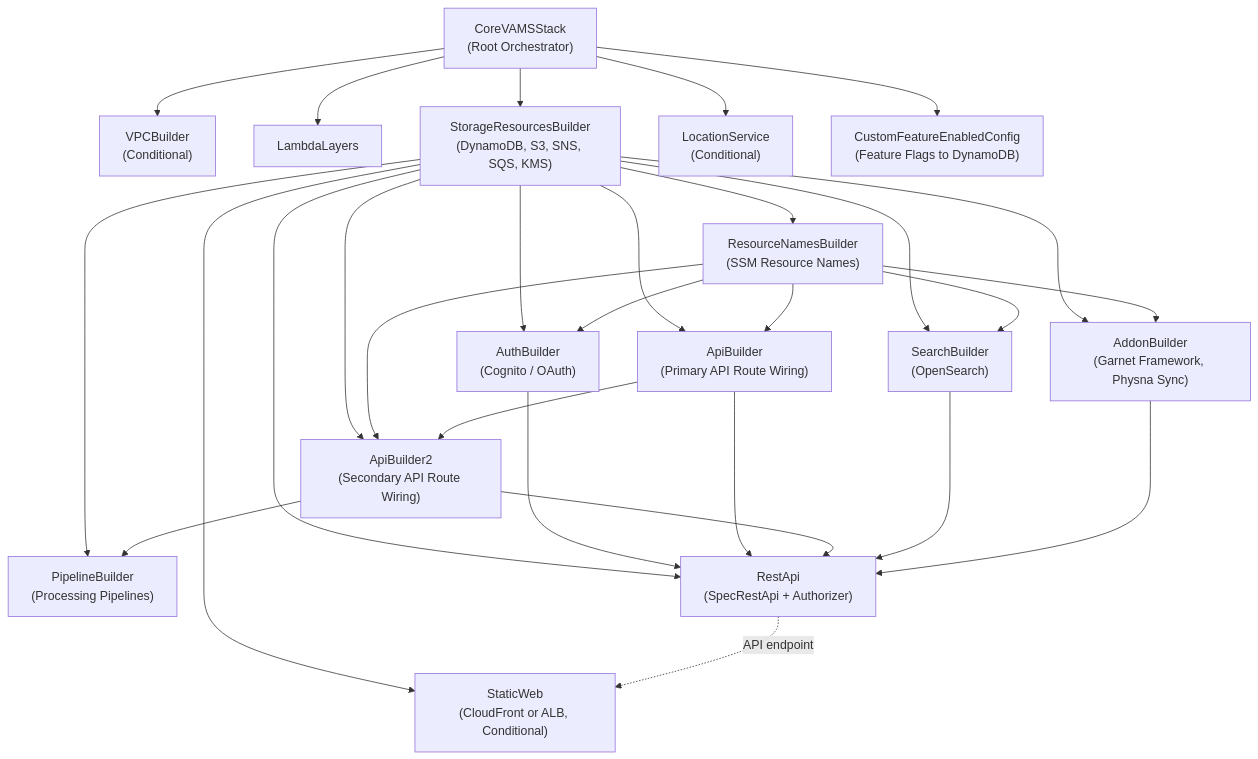
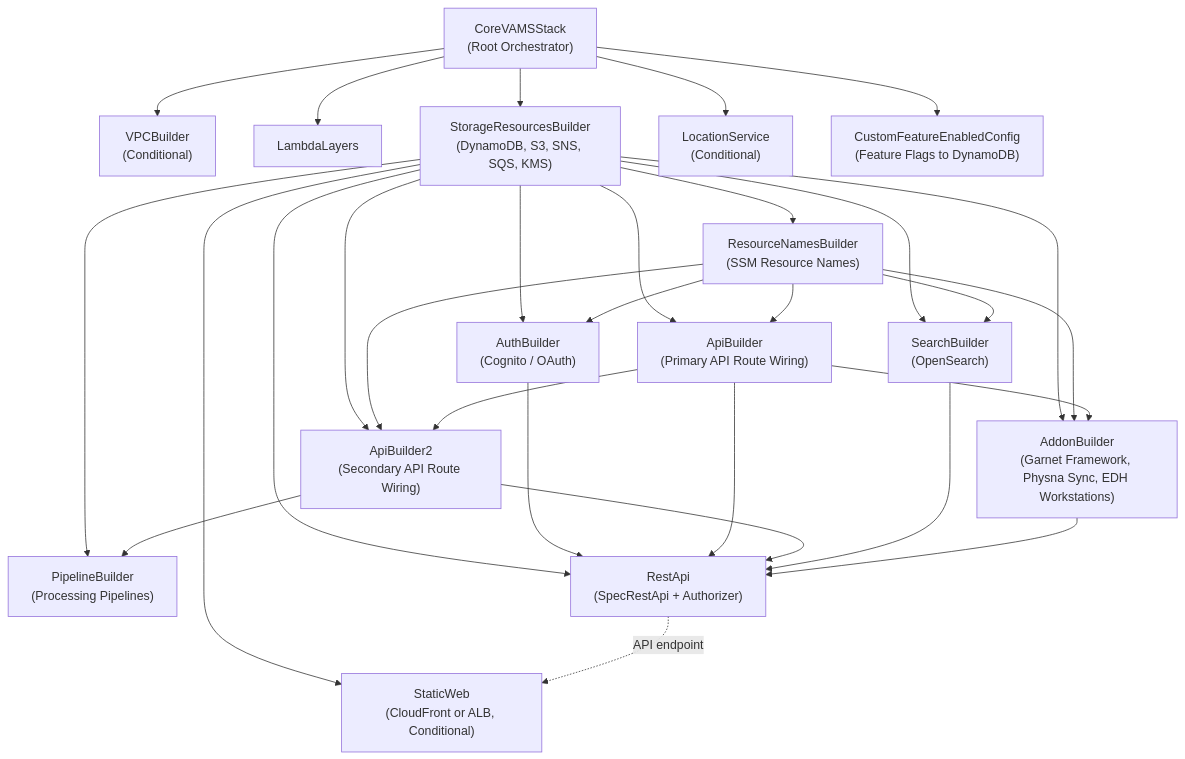
Before and after one commit to awslabs/visual-asset-management-system: the third of 3 diagrams in documentation/docusaurus-site/docs/architecture/overview.md, drawn with Mermaid. The commit also changed other lines of this file and 579 other files, not shown here.

````diff
--- a/documentation/docusaurus-site/docs/architecture/overview.md
+++ b/documentation/docusaurus-site/docs/architecture/overview.md
@@ -132,46 +132,47 @@
 ```mermaid
 graph TD
     Core["CoreVAMSStack<br/>(Root Orchestrator)"]
     VPC["VPCBuilder<br/>(Conditional)"]
     Layers["LambdaLayers"]
     Storage["StorageResourcesBuilder<br/>(DynamoDB, S3, SNS, SQS, KMS)"]
     Names["ResourceNamesBuilder<br/>(SSM Resource Names)"]
     Auth["AuthBuilder<br/>(Cognito / OAuth)"]
     APIBuilder["ApiBuilder<br/>(Primary API Route Wiring)"]
     APIBuilder2["ApiBuilder2<br/>(Secondary API Route Wiring)"]
     Search["SearchBuilder<br/>(OpenSearch)"]
     Pipelines["PipelineBuilder<br/>(Processing Pipelines)"]
-    Addons["AddonBuilder<br/>(Garnet Framework, Physna Sync)"]
+    Addons["AddonBuilder<br/>(Garnet Framework, Physna Sync, EDH Workstations)"]
     API["RestApi<br/>(SpecRestApi + Authorizer)"]
     StaticWeb["StaticWeb<br/>(CloudFront or ALB, Conditional)"]
     Location["LocationService<br/>(Conditional)"]
     Features["CustomFeatureEnabledConfig<br/>(Feature Flags to DynamoDB)"]
 
     Core --> VPC
     Core --> Layers
     Core --> Storage
     Core --> Location
     Core --> Features
     Storage --> Names
     Storage --> Auth
     Names --> Auth
     Storage --> APIBuilder
     Names --> APIBuilder
     Storage --> APIBuilder2
     Names --> APIBuilder2
     APIBuilder --> APIBuilder2
     Storage --> Search
     Names --> Search
     Storage --> Pipelines
     APIBuilder2 --> Pipelines
     Storage --> Addons
     Names --> Addons
+    APIBuilder --> Addons
     Storage --> API
     Auth --> API
     APIBuilder --> API
     APIBuilder2 --> API
     Search --> API
     Addons --> API
     Storage --> StaticWeb
     API -.->|API endpoint| StaticWeb
 ```
````
